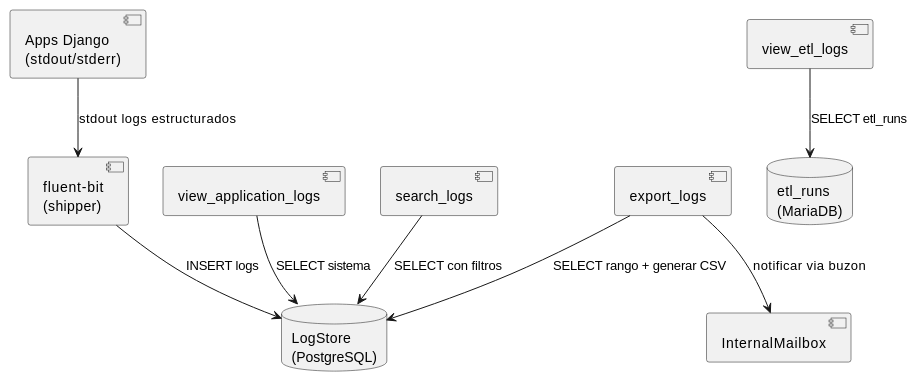
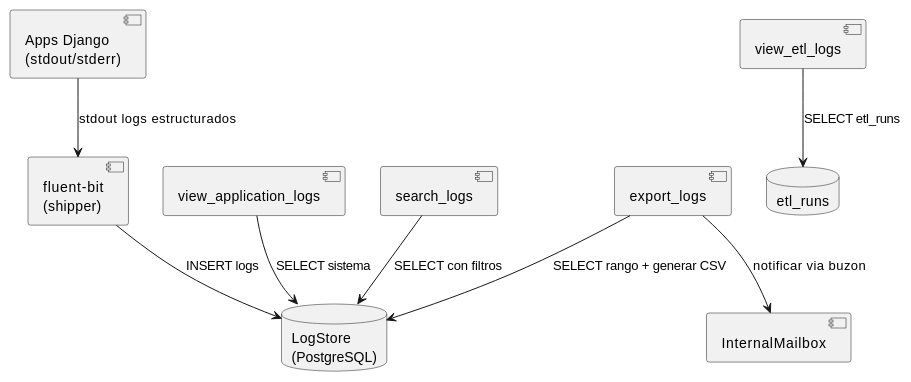
Before and after one commit to jcg-admin/IACT-docs: the diagram in source/arquitectura-tecnica/modulos/sys-logs/diagramas/componentes-mod-logs.rst, drawn with PlantUML. The commit also changed 160 other files, not shown here.

```diff
--- a/source/arquitectura-tecnica/modulos/sys-logs/diagramas/componentes-mod-logs.rst
+++ b/source/arquitectura-tecnica/modulos/sys-logs/diagramas/componentes-mod-logs.rst
@@ -22,26 +22,26 @@
 .. uml::
  :caption: Componentes de MOD_Logs y pipeline de recoleccion de logs.
 
  @startuml
 
  component "Apps Django\n(stdout/stderr)" as AppsDjango
  component "fluent-bit\n(shipper)" as FluentBit
  database "LogStore\n(PostgreSQL)" as Logstore
- database "etl_runs\n(MariaDB)" as ETL_LOG
+ database "etl_runs" as ETL_LOG
 
  component "view_application_logs" as view_application_logs
  component "view_etl_logs" as view_etl_logs
  component "search_logs" as search_logs
  component "export_logs" as export_logs
  component "InternalMailbox" as Internalmailbox
 
  AppsDjango --> FluentBit : stdout logs estructurados
  FluentBit --> Logstore : INSERT logs
 
  view_application_logs --> Logstore : SELECT sistema
  view_etl_logs --> ETL_LOG : SELECT etl_runs
  search_logs --> Logstore : SELECT con filtros
  export_logs --> Logstore : SELECT rango + generar CSV
  export_logs --> Internalmailbox : notificar via buzon
 
  @enduml
```
